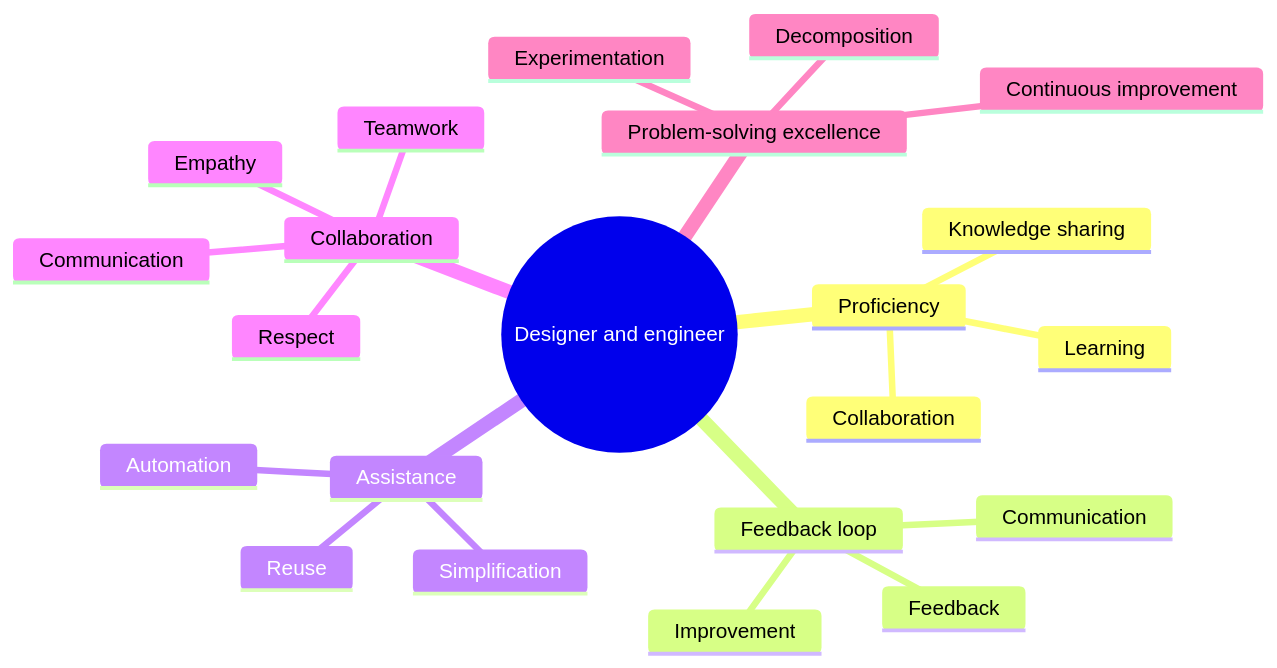
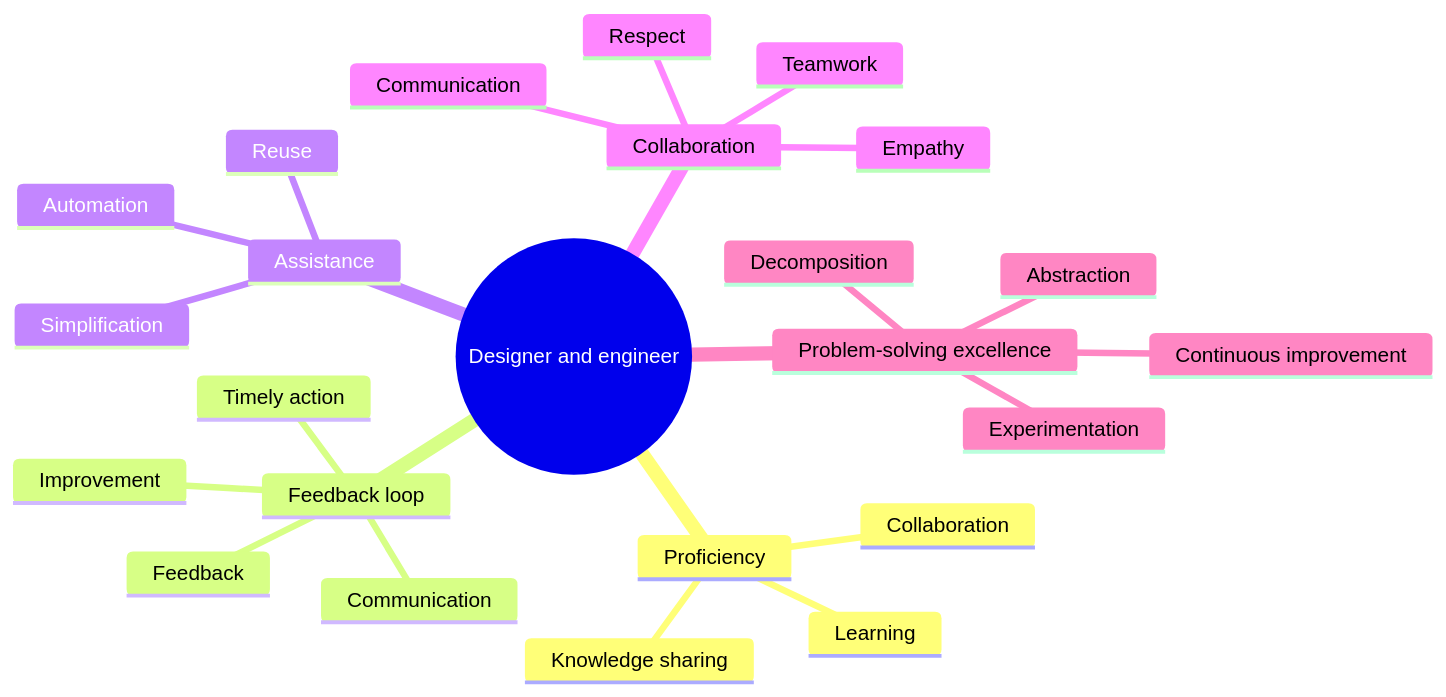
Before and after one commit to flarebyte/overview: the first of 2 diagrams in PRINCIPLES.md, drawn with Mermaid.

Commit message:
Update diagram in Principles

````diff
--- a/PRINCIPLES.md
+++ b/PRINCIPLES.md
@@ -13,25 +13,27 @@
 ```mermaid
 mindmap
   root((Designer and engineer))
     Proficiency
         Collaboration
         Knowledge sharing
         Learning
     Feedback loop
         Communication
         Feedback
         Improvement
+        Timely action
     Assistance
         Automation
         Simplification
         Reuse
     Collaboration
        Teamwork
        Communication
        Respect
        Empathy
     Problem-solving excellence
        Decomposition
+       Abstraction
        Experimentation
        Continuous improvement
 ```
````
